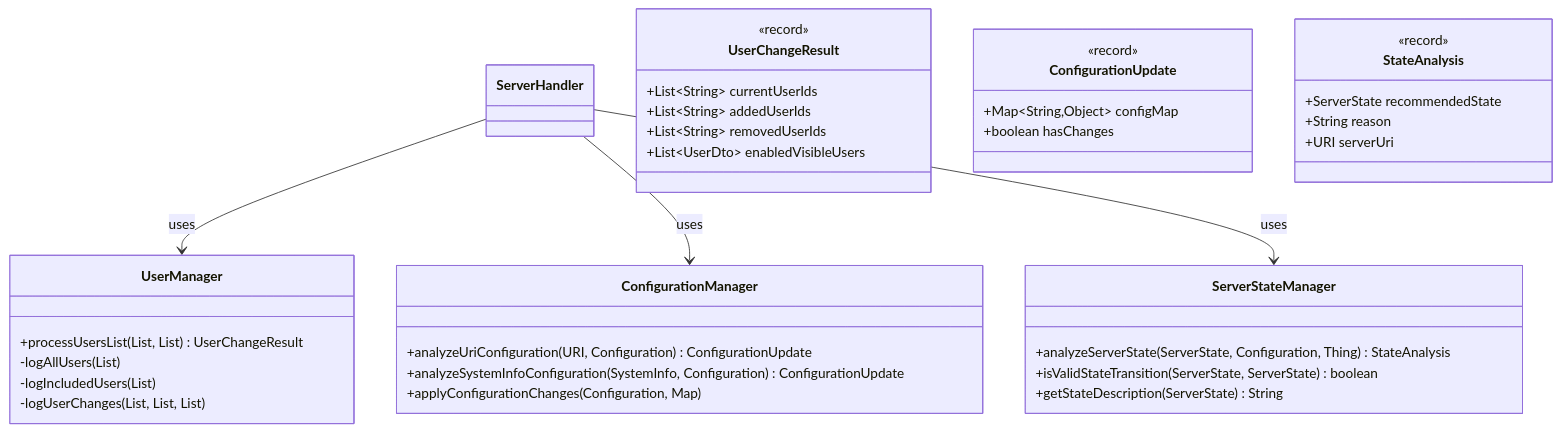
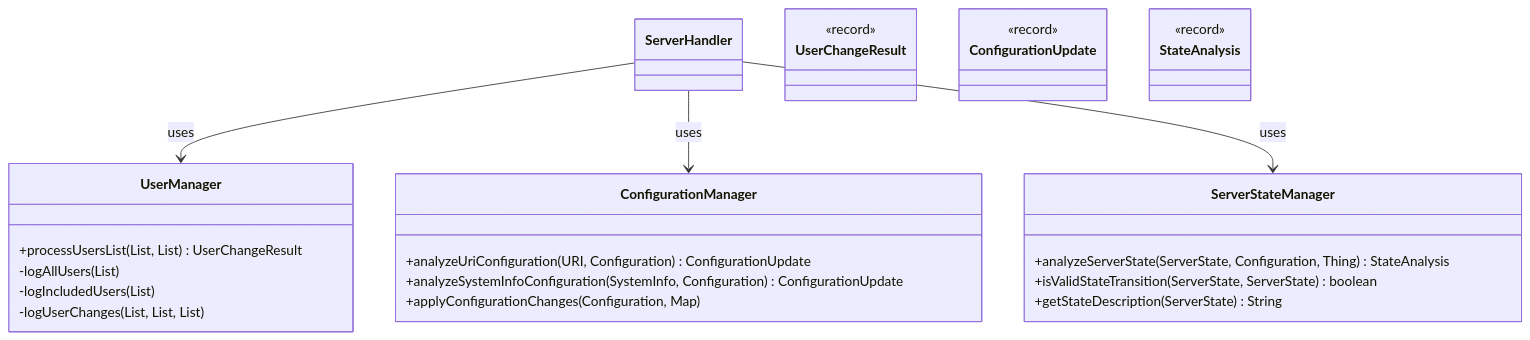
Before and after one commit to openhab/openhab-addons: the diagram in bundles/org.openhab.binding.jellyfin/docs/architecture/utility-classes.md, drawn with Mermaid. The commit also changed 4 other files, not shown here.

First line of the commit message:
docs: update diagrams to only show record usage and clarify documentation rules

````diff
--- a/bundles/org.openhab.binding.jellyfin/docs/architecture/utility-classes.md
+++ b/bundles/org.openhab.binding.jellyfin/docs/architecture/utility-classes.md
@@ -5,48 +5,37 @@
 ```mermaid
 classDiagram
     %% Utility classes for separation of concerns
     ServerHandler --> UserManager : uses
-    ServerHandler --> ConfigurationManager : uses  
+    ServerHandler --> ConfigurationManager : uses
     ServerHandler --> ServerStateManager : uses
-    
+
     class UserManager {
         +processUsersList(List, List) UserChangeResult
         -logAllUsers(List)
         -logIncludedUsers(List)
         -logUserChanges(List, List, List)
     }
-    
+
     class ConfigurationManager {
         +analyzeUriConfiguration(URI, Configuration) ConfigurationUpdate
         +analyzeSystemInfoConfiguration(SystemInfo, Configuration) ConfigurationUpdate
         +applyConfigurationChanges(Configuration, Map)
     }
-    
+
     class ServerStateManager {
         +analyzeServerState(ServerState, Configuration, Thing) StateAnalysis
         +isValidStateTransition(ServerState, ServerState) boolean
         +getStateDescription(ServerState) String
     }
-    
-    %% Records for immutable data transfer
+
+    %% Records for immutable data transfer (details omitted, see Record Details section)
     class UserChangeResult {
         <<record>>
-        +List~String~ currentUserIds
-        +List~String~ addedUserIds
-        +List~String~ removedUserIds
-        +List~UserDto~ enabledVisibleUsers
     }
-    
     class ConfigurationUpdate {
         <<record>>
-        +Map~String,Object~ configMap
-        +boolean hasChanges
     }
-    
     class StateAnalysis {
         <<record>>
-        +ServerState recommendedState
-        +String reason
-        +URI serverUri
     }
 ```
````
